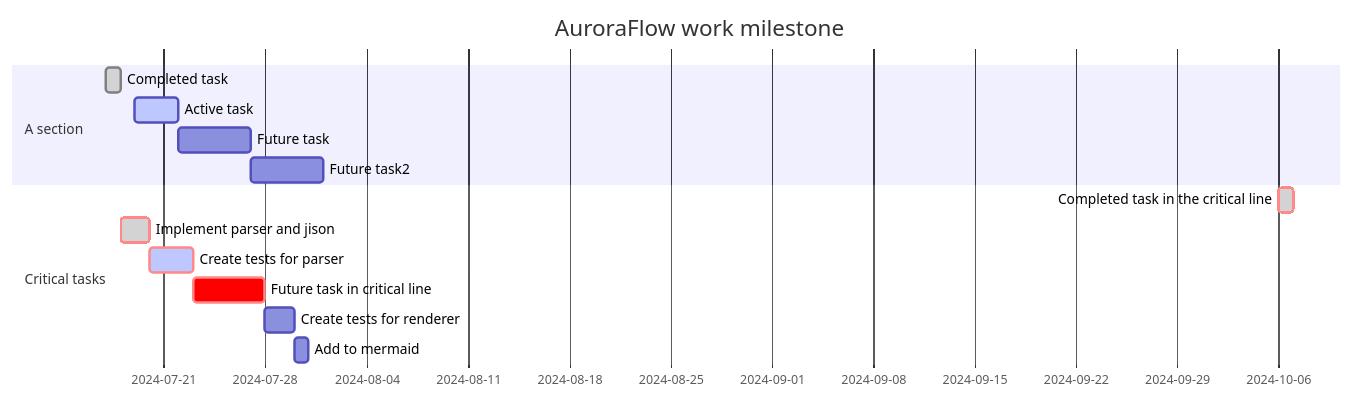
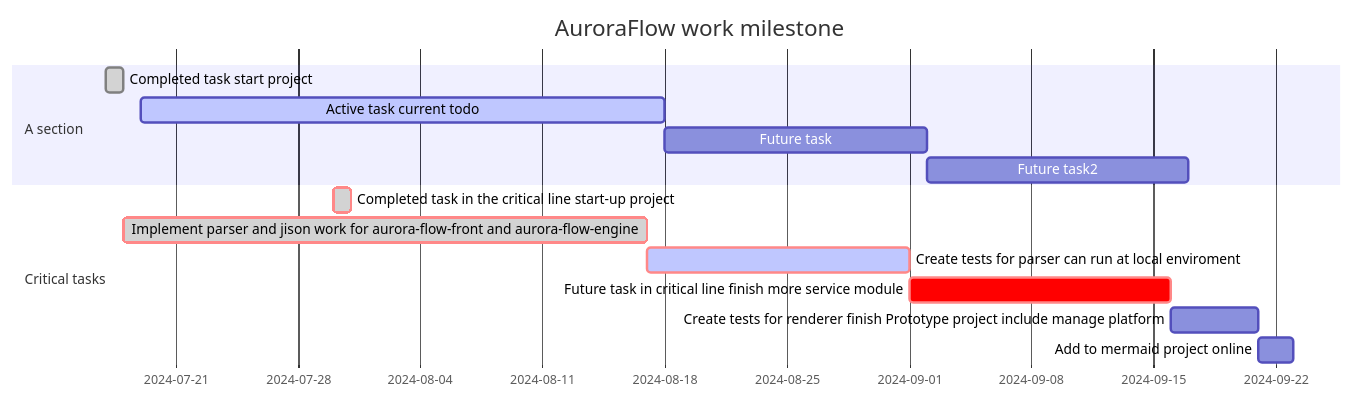
One commit to AuroraFlowLab/.github changed the diagram in profile/README.md. Above: the diagram before and after it, drawn with Mermaid.

````diff
--- a/profile/README.md
+++ b/profile/README.md
@@ -34,17 +34,17 @@
 ```mermaid
     gantt
     dateFormat  YYYY-MM-DD
     title AuroraFlow work milestone
     section A section
-    Completed task            :done,    des1, 2024-07-17,2024-07-18
-    Active task               :active,  des2, 2024-07-19, 3d
-    Future task               :         des3, after des2, 5d
-    Future task2               :         des4, after des3, 5d
+    Completed task start project            :done,    des1, 2024-07-17,2024-07-18
+    Active task current todo              :active,  des2, 2024-07-19, 30d
+    Future task               :         des3, after des2, 15d
+    Future task2               :         des4, after des3, 15d
     section Critical tasks
-    Completed task in the critical line :crit, done, 2024-10-06,24h
-    Implement parser and jison          :crit, done, after des1, 2d
-    Create tests for parser             :crit, active, 3d
-    Future task in critical line        :crit, 5d
-    Create tests for renderer           :2d
-    Add to mermaid                      :1d
+    Completed task in the critical line    start-up project :crit, done, 2024-07-30,24h
+    Implement parser and jison    work for aurora-flow-front and aurora-flow-engine          :crit, done, after des1, 30d
+    Create tests for parser    can run at local enviroment         :crit, active, 15d
+    Future task in critical line    finish more service module    :crit, 15d
+    Create tests for renderer         finish Prototype project include manage platform                :5d
+    Add to mermaid          project online            :2d
 ```
````
